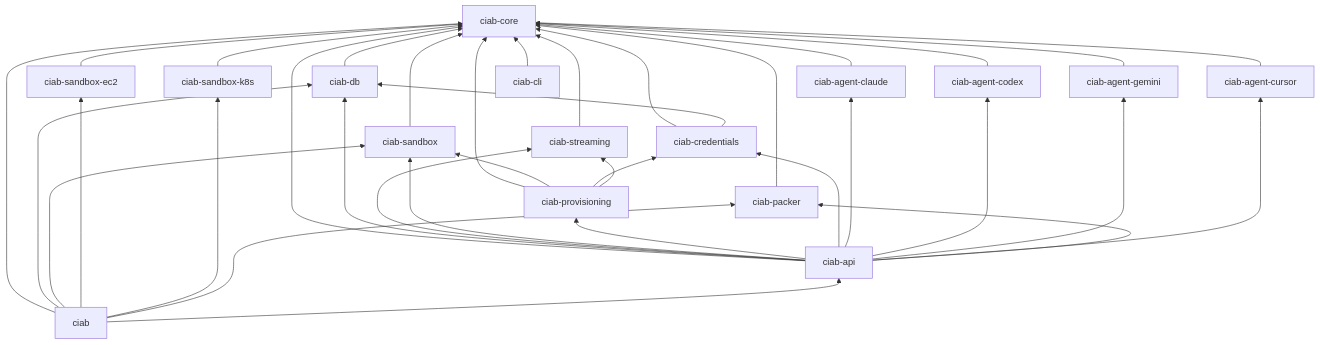
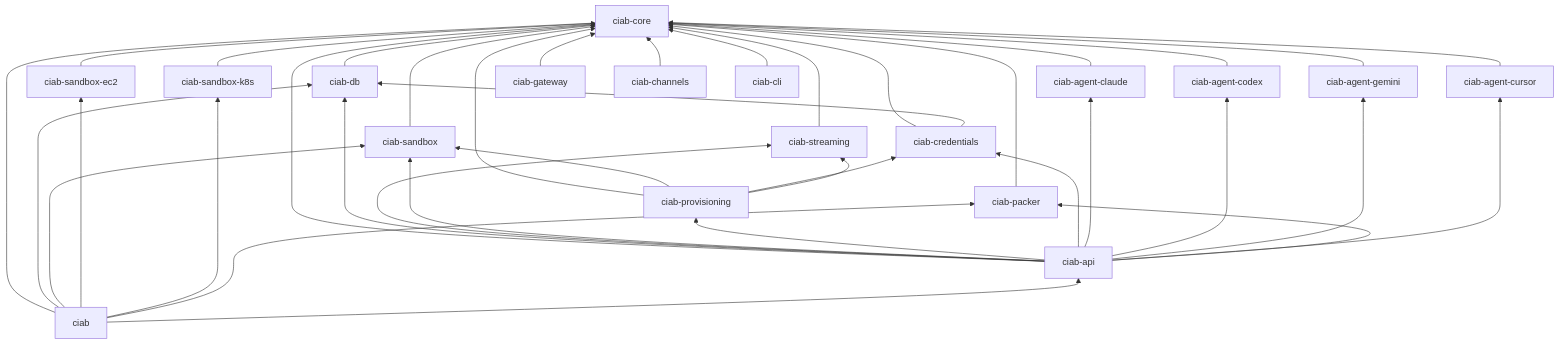
One commit to shakedaskayo/ciab changed the diagram in docs/docs/architecture/crate-map.md. Above: the diagram before and after it, drawn with Mermaid. The commit also changed other lines of this file and 17 other files, not shown here.

````diff
--- a/docs/docs/architecture/crate-map.md
+++ b/docs/docs/architecture/crate-map.md
@@ -28,39 +30,41 @@
 ```mermaid
 graph BT
     core[ciab-core]
     db[ciab-db] --> core
     streaming[ciab-streaming] --> core
     sandbox[ciab-sandbox] --> core
     k8s[ciab-sandbox-k8s] --> core
     ec2[ciab-sandbox-ec2] --> core
     claude[ciab-agent-claude] --> core
     codex[ciab-agent-codex] --> core
     gemini[ciab-agent-gemini] --> core
     cursor[ciab-agent-cursor] --> core
     creds[ciab-credentials] --> core
     creds --> db
     packer[ciab-packer] --> core
     prov[ciab-provisioning] --> core
     prov --> sandbox
     prov --> creds
     prov --> streaming
     api[ciab-api] --> core
     api --> db
     api --> streaming
     api --> sandbox
     api --> prov
     api --> creds
     api --> claude
     api --> codex
     api --> gemini
     api --> cursor
     api --> packer
+    gateway[ciab-gateway] --> core
+    channels[ciab-channels] --> core
     facade[ciab] --> core
     facade --> db
     facade --> sandbox
     facade --> ec2
     facade --> k8s
     facade --> packer
     facade --> api
     cli[ciab-cli] --> core
 ```
````
